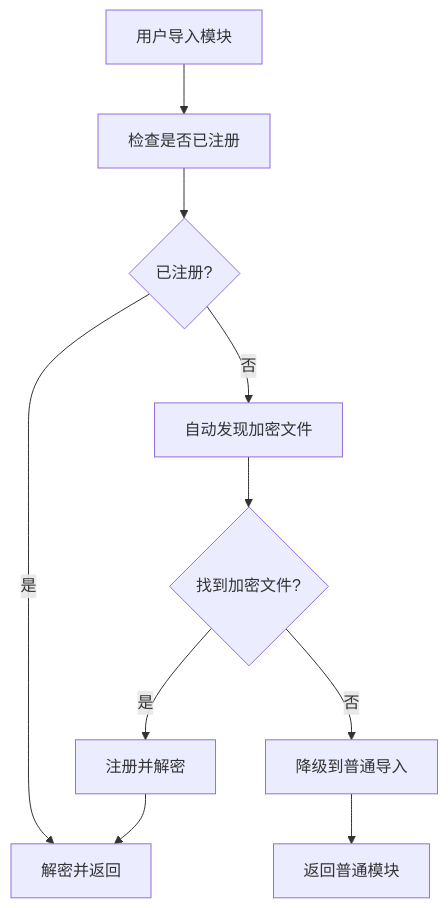
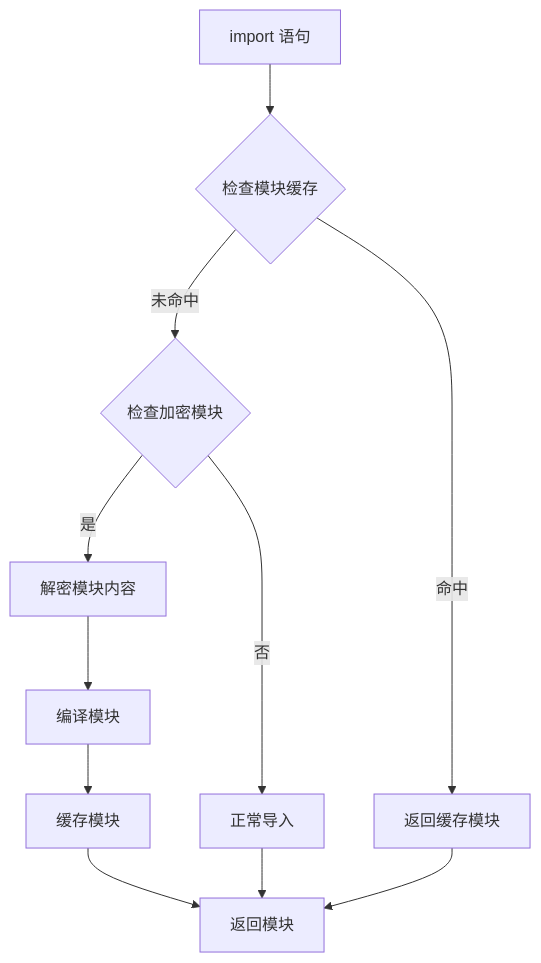
Before and after one commit to liwenju0/deepenc: the third of 5 diagrams in docs/architecture.md, drawn with Mermaid. The commit also changed other lines of this file and 8 other files, not shown here.

````diff
--- a/docs/architecture.md
+++ b/docs/architecture.md
@@ -179,12 +213,16 @@
 ```mermaid
 graph TD
-    A[用户导入模块] --> B[检查是否已注册]
-    B --> C{已注册?}
-    C -->|是| D[解密并返回]
-    C -->|否| E[自动发现加密文件]
-    E --> F{找到加密文件?}
-    F -->|是| G[注册并解密]
-    F -->|否| H[降级到普通导入]
-    G --> D
-    H --> I[返回普通模块]
+    A[import 语句] --> B{检查模块缓存}
+    B -->|命中| C[返回缓存模块]
+    B -->|未命中| D{检查加密模块}
+    
+    D -->|是| E[解密模块内容]
+    D -->|否| F[正常导入]
+    
+    E --> G[编译模块]
+    G --> H[缓存模块]
+    H --> I[返回模块]
+    
+    F --> I
+    C --> I
 ```
````
